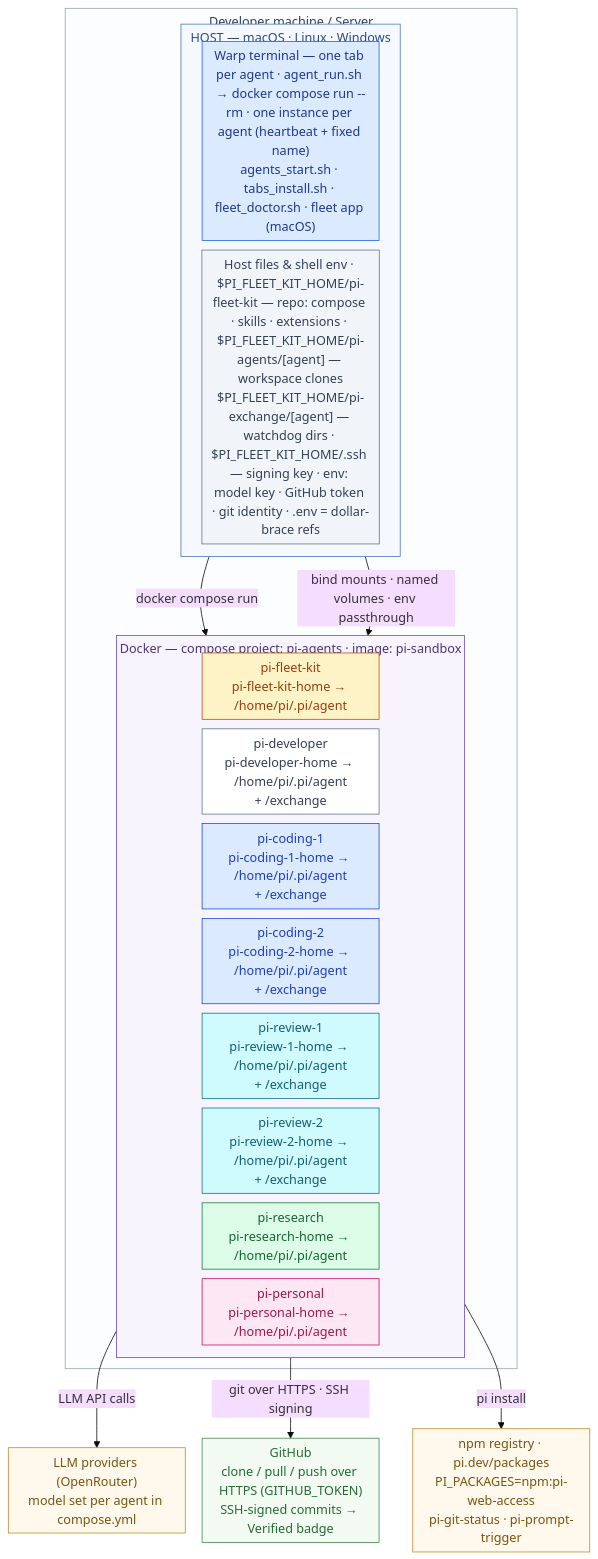
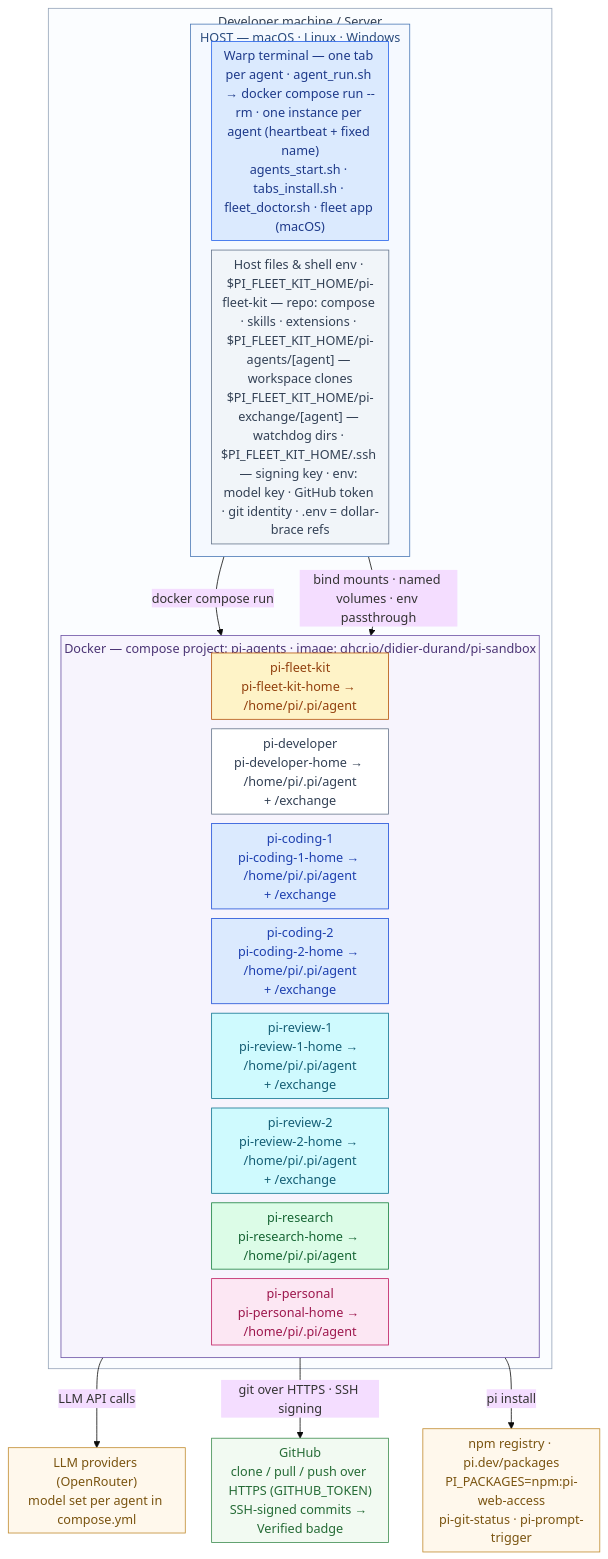
One commit to didier-durand/pi-fleet-kit changed the diagram in README.md. Above: the diagram before and after it, drawn with Mermaid (base theme). The commit also changed other lines of this file and 1 other file, not shown here.

First line of the commit message:
compose: plug the fleet to the CI-published GHCR image (public package)

````diff
--- a/README.md
+++ b/README.md
@@ -17,57 +17,57 @@
 ```mermaid
 %%{init: {"flowchart": {"nodeSpacing": 12, "rankSpacing": 28, "padding": 6, "diagramPadding": 8, "subGraphTitleMargin": {"top": 4, "bottom": 2}}}}%%
 flowchart TB
   subgraph MACHINE["Developer machine / Server"]
     subgraph HOST["HOST — macOS · Linux · Windows"]
     direction LR
     WARP["Warp terminal — one tab per agent · agent_run.sh → docker compose run --rm · one instance per agent (heartbeat + fixed name)<br/>agents_start.sh · tabs_install.sh · fleet_doctor.sh · fleet app (macOS)"]
     FILES["Host files & shell env · $PI_FLEET_KIT_HOME/pi-fleet-kit — repo: compose · skills · extensions · $PI_FLEET_KIT_HOME/pi-agents/[agent] — workspace clones<br/>$PI_FLEET_KIT_HOME/pi-exchange/[agent] — watchdog dirs · $PI_FLEET_KIT_HOME/.ssh — signing key · env: model key · GitHub token · git identity · .env = dollar-brace refs"]
   end
-  subgraph DOCKER["Docker — compose project: pi-agents · image: pi-sandbox"]
+  subgraph DOCKER["Docker — compose project: pi-agents · image: ghcr.io/didier-durand/pi-sandbox"]
     direction LR
     FLEET["pi-fleet-kit<br/>pi-fleet-kit-home → /home/pi/.pi/agent"]
     DEV["pi-developer<br/>pi-developer-home → /home/pi/.pi/agent<br/>+ /exchange"]
     CODING["pi-coding-1<br/>pi-coding-1-home → /home/pi/.pi/agent<br/>+ /exchange"]
     CODING2["pi-coding-2<br/>pi-coding-2-home → /home/pi/.pi/agent<br/>+ /exchange"]
     REVIEW["pi-review-1<br/>pi-review-1-home → /home/pi/.pi/agent<br/>+ /exchange"]
     REVIEW2["pi-review-2<br/>pi-review-2-home → /home/pi/.pi/agent<br/>+ /exchange"]
     RESEARCH["pi-research<br/>pi-research-home → /home/pi/.pi/agent"]
     PERSONAL["pi-personal<br/>pi-personal-home → /home/pi/.pi/agent"]
   end
   end
   LLM["LLM providers (OpenRouter)<br/>model set per agent in compose.yml"]
   GH["GitHub<br/>clone / pull / push over HTTPS (GITHUB_TOKEN)<br/>SSH-signed commits → Verified badge"]
   NPM["npm registry · pi.dev/packages<br/>PI_PACKAGES=npm:pi-web-access<br/>pi-git-status · pi-prompt-trigger"]
   HOST -->|"docker compose run"| DOCKER
   HOST -->|"bind mounts · named volumes · env passthrough"| DOCKER
   DOCKER -->|"LLM API calls"| LLM
   DOCKER -->|"git over HTTPS · SSH signing"| GH
   DOCKER -->|"pi install"| NPM
   classDef warp fill:#DBEAFE,stroke:#2563EB,color:#1E3A8A
   classDef files fill:#F1F5F9,stroke:#64748B,color:#334155
   classDef yellow fill:#FEF3C7,stroke:#B45309,color:#92400E
   classDef blue fill:#DBEAFE,stroke:#1D4ED8,color:#1E40AF
   classDef cyan fill:#CFFAFE,stroke:#0E7490,color:#155E75
   classDef green fill:#DCFCE7,stroke:#15803D,color:#166534
   classDef magenta fill:#FCE7F3,stroke:#BE185D,color:#9D174D
   classDef white fill:#FFFFFF,stroke:#64748B,color:#334155
   classDef llm fill:#FFF8EC,stroke:#C08A2D,color:#7A5410
   classDef gh fill:#F2FAF2,stroke:#3C8C4E,color:#256B36
   classDef npm fill:#FFF8EC,stroke:#C08A2D,color:#7A5410
   class WARP warp
   class FILES files
   class FLEET yellow
   class DEV white
   class CODING blue
   class CODING2 blue
   class REVIEW cyan
   class REVIEW2 cyan
   class RESEARCH green
   class PERSONAL magenta
   class LLM llm
   class GH gh
   class NPM npm
   style HOST fill:#F5F9FF,stroke:#4A78B5,color:#2B4C7E
   style DOCKER fill:#F7F4FD,stroke:#6A4FA3,color:#4C3575
   style MACHINE fill:#FBFDFF,stroke:#94A3B8,color:#334155
 ```
````
